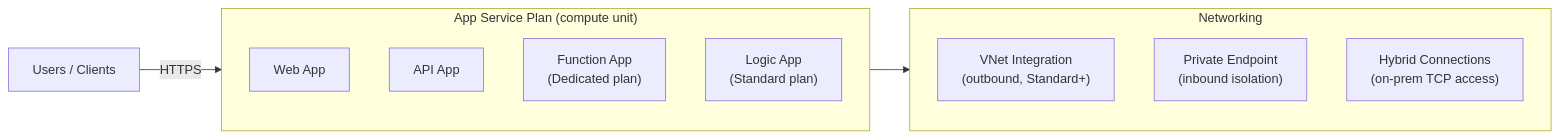
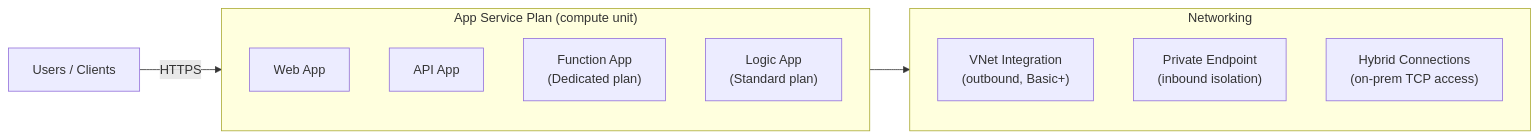
Before and after one commit to marcogrimaldi29/az-305-compute: the diagram in 02-app-service.md, drawn with Mermaid. The commit also changed other lines of this file and 4 other files, not shown here.

````diff
--- a/02-app-service.md
+++ b/02-app-service.md
@@ -32,17 +32,17 @@
 ```mermaid
 flowchart LR
     subgraph ASP["App Service Plan (compute unit)"]
         direction TB
         APP1["Web App"]
         APP2["API App"]
         APP3["Function App\n(Dedicated plan)"]
         APP4["Logic App\n(Standard plan)"]
     end
     subgraph Net["Networking"]
-        VNI["VNet Integration\n(outbound, Standard+)"]
+        VNI["VNet Integration\n(outbound, Basic+)"]
         PE["Private Endpoint\n(inbound isolation)"]
         HC["Hybrid Connections\n(on-prem TCP access)"]
     end
     ASP --> Net
     USER["Users / Clients"] -->|HTTPS| APP1
 ```
````
